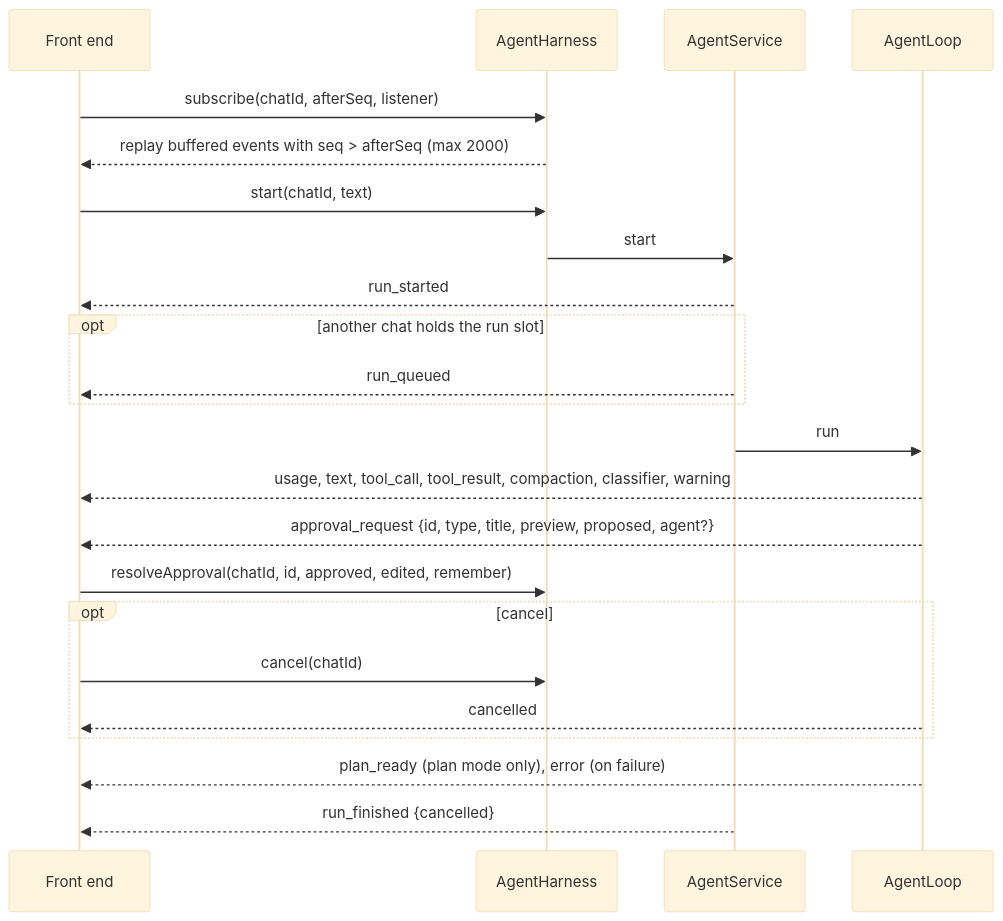
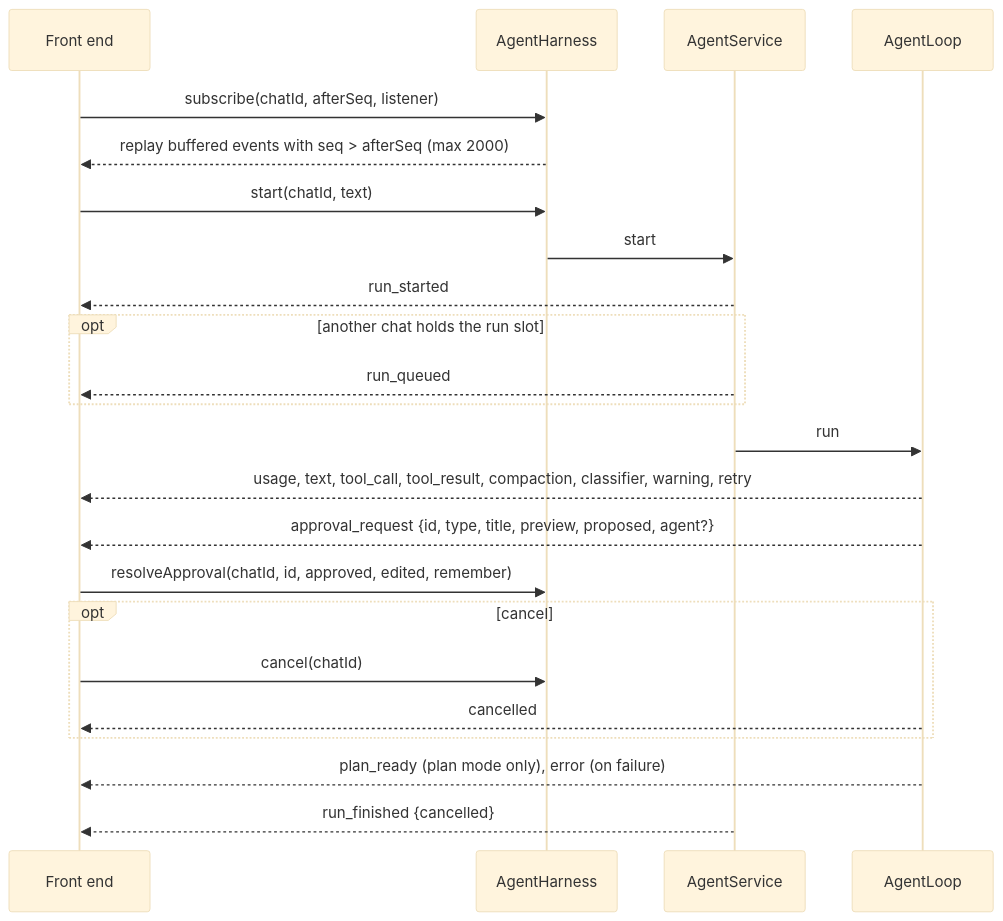
The second of 2 diagrams in docs/USAGE.md (kendarorg/jllm), drawn with Mermaid (base theme) before and after one commit. The commit also changed other lines of this file and 183 other files, not shown here.

````diff
--- a/docs/USAGE.md
+++ b/docs/USAGE.md
@@ -200,25 +273,25 @@
 ```mermaid
 sequenceDiagram
     participant FE as Front end
     participant H as AgentHarness
     participant S as AgentService
     participant L as AgentLoop
     FE->>H: subscribe(chatId, afterSeq, listener)
     H-->>FE: replay buffered events with seq > afterSeq (max 2000)
     FE->>H: start(chatId, text)
     H->>S: start
     S-->>FE: run_started
     opt another chat holds the run slot
         S-->>FE: run_queued
     end
     S->>L: run
-    L-->>FE: usage, text, tool_call, tool_result, compaction, classifier, warning
+    L-->>FE: usage, text, tool_call, tool_result, compaction, classifier, warning, retry
     L-->>FE: approval_request {id, type, title, preview, proposed, agent?}
     FE->>H: resolveApproval(chatId, id, approved, edited, remember)
     opt cancel
         FE->>H: cancel(chatId)
         L-->>FE: cancelled
     end
     L-->>FE: plan_ready (plan mode only), error (on failure)
     S-->>FE: run_finished {cancelled}
 ```
````
